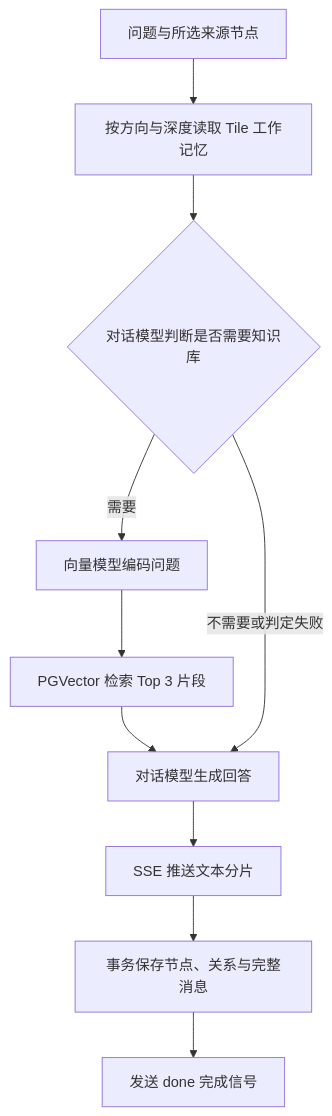
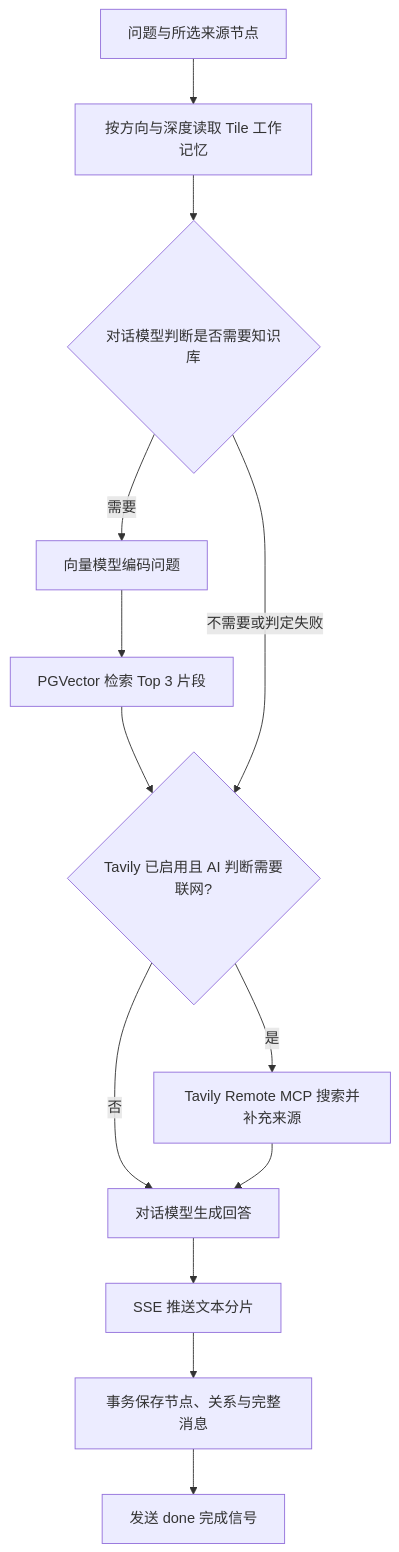
The diagram in README.md (Franktan060414/aureli-context-graph), drawn with Mermaid before and after one commit. The commit also changed other lines of this file and 194 other files, not shown here.

````diff
--- a/README.md
+++ b/README.md
@@ -65,12 +66,15 @@
 ```mermaid
 flowchart TD
     A[问题与所选来源节点] --> B[按方向与深度读取 Tile 工作记忆]
     B --> C{对话模型判断是否需要知识库}
     C -- 需要 --> D[向量模型编码问题]
     D --> E[PGVector 检索 Top 3 片段]
-    E --> F[对话模型生成回答]
-    C -- 不需要或判定失败 --> F
+    E --> W{Tavily 已启用且 AI 判断需要联网?}
+    C -- 不需要或判定失败 --> W
+    W -- 是 --> X[Tavily Remote MCP 搜索并补充来源]
+    W -- 否 --> F[对话模型生成回答]
+    X --> F
     F --> G[SSE 推送文本分片]
     G --> H[事务保存节点、关系与完整消息]
     H --> I[发送 done 完成信号]
 ```
````
